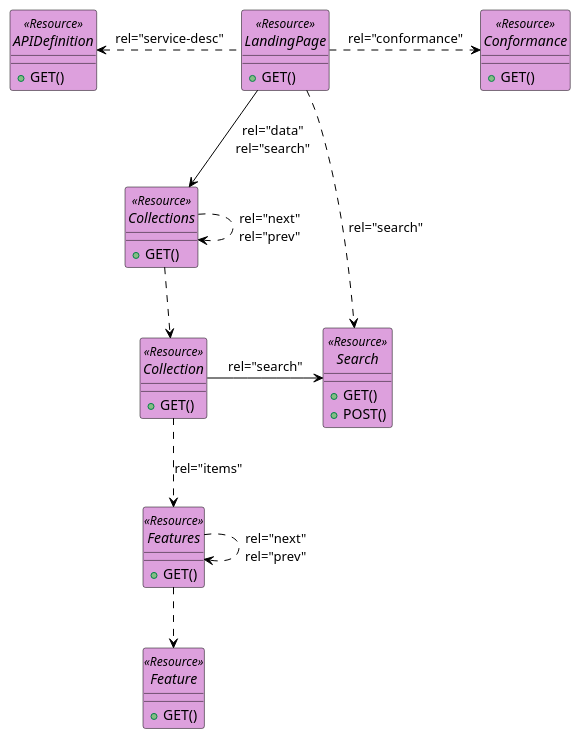
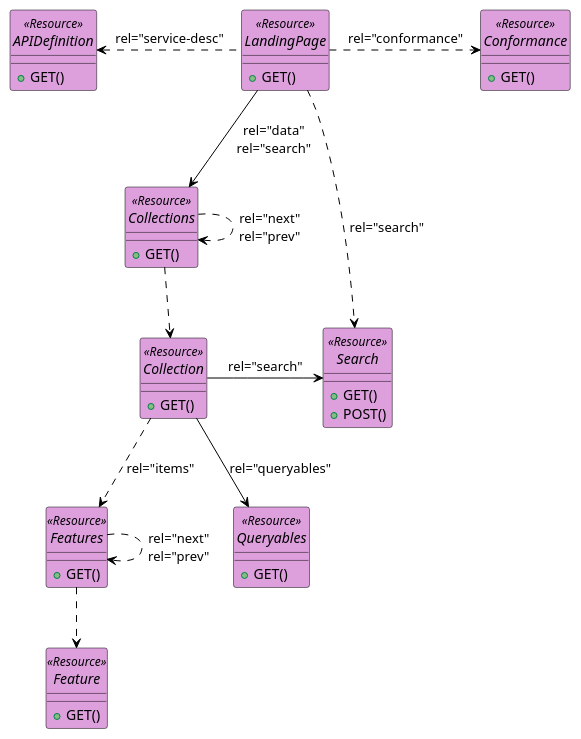
Before and after one commit to littleidiot40/stac-federated-search: the diagram in figures/resources.puml, drawn with PlantUML. The commit also changed 1 other file, not shown here.

```diff
--- a/figures/resources.puml
+++ b/figures/resources.puml
@@ -1,72 +1,79 @@
 @startuml
 
 
 allowmixing
 
 skinparam componentStyle uml2
 skinparam ArrowColor Black
 skinparam ClassBorderColor Black
 skinparam ComponentBorderColor Black
 skinparam ObjectBorderColor Black
 
 hide circle
 ' hide <<Resource>> circle
 show <<GeoJSON>> circle
 ' hide <<Interface>> circle
 
 
 ' interface "<<Resource>>\nC" as CreateFeature #Plum
 
 interface LandingPage <<Resource>>  #Plum {
     +GET()
 }
 
 interface APIDefinition <<Resource>> #Plum {
    +GET()
 }
 
 interface Conformance <<Resource>> #Plum {
    +GET()
 }
 
 interface Collections <<Resource>> #Plum {
    +GET()
 }
 
 interface Collection <<Resource>> #Plum {
    +GET()
 }
 
 interface Features <<Resource>> #Plum {
    +GET()
 }
 
 interface Feature <<Resource>> #Plum {
    +GET()
 }
 
 interface Search <<Resource>> #Plum {
    +GET()
    +POST()
 }
 
+interface Queryables <<Resource>> #Plum {
+   +GET()
+}
+
 
 LandingPage .left.> APIDefinition : "rel="service-desc"" 
 LandingPage .right.> Conformance : "rel="conformance"" 
 LandingPage ..> Search : "rel="search"" 
 LandingPage -down-> Collections : "rel="data"\nrel="search"" 
 Collections .down.> Collection  
 
 Collections ..> Collections : "rel="next"\nrel="prev""
 
 Collection .down.> Features : "rel="items""
 
 
 
+
 Collection -right-> Search : "rel="search""
+Collection --> Queryables : "rel="queryables""
+' LandingPage --> Queryables : "rel="queryables""
 Features .down.> Feature 
 
 Features ..> Features : "rel="next"\nrel="prev""
 
 
 @enduml
```
